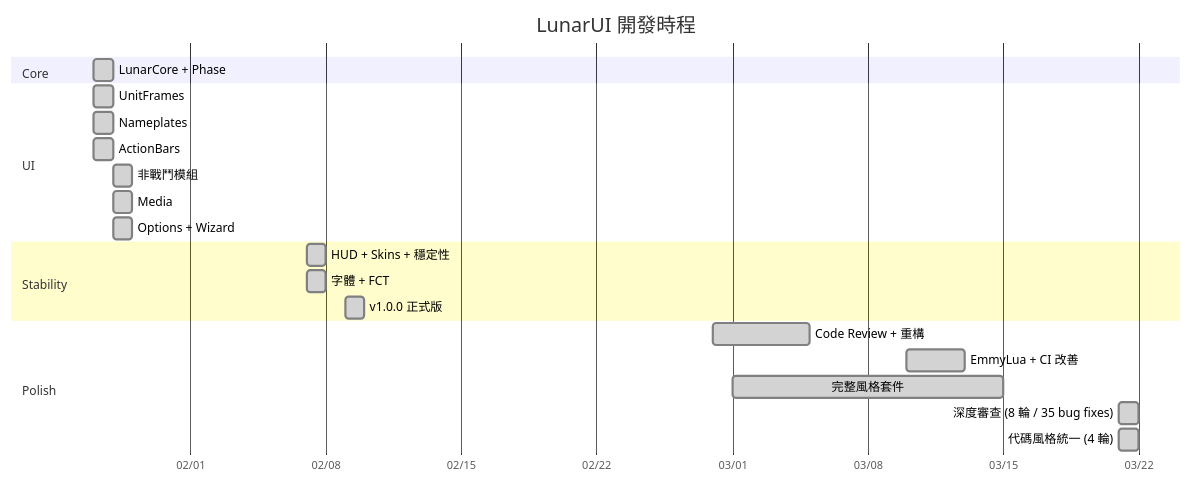
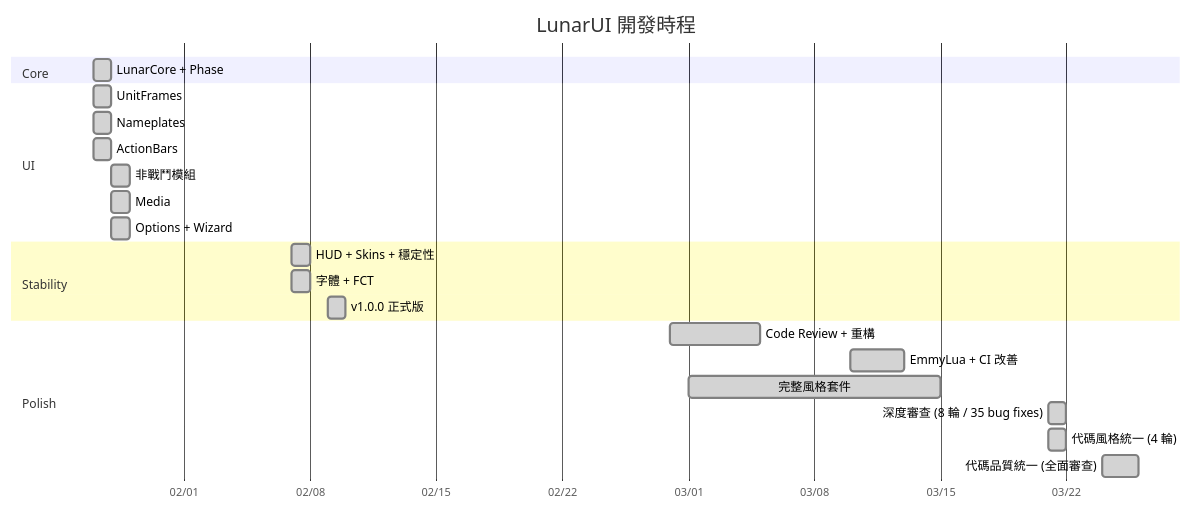
The fifth of 5 diagrams in README.md (Neal75418/lunar-ui), drawn with Mermaid before and after one commit. The commit also changed other lines of this file and 3 other files, not shown here.

````diff
--- a/README.md
+++ b/README.md
@@ -395,29 +395,30 @@
 ```mermaid
 gantt
     title LunarUI 開發時程
     dateFormat YYYY-MM-DD
     axisFormat %m/%d
 
     section Core
     LunarCore + Phase             :done, m1, 2026-01-27, 1d
 
     section UI
     UnitFrames                    :done, m2, 2026-01-27, 1d
     Nameplates                    :done, m3, 2026-01-27, 1d
     ActionBars                    :done, m4, 2026-01-27, 1d
     非戰鬥模組                     :done, m5, 2026-01-28, 1d
     Media                         :done, m6, 2026-01-28, 1d
     Options + Wizard              :done, m7, 2026-01-28, 1d
 
     section Stability
     HUD + Skins + 穩定性           :done, m8, 2026-02-07, 1d
     字體 + FCT                     :done, m9, 2026-02-07, 1d
     v1.0.0 正式版                  :done, m10, 2026-02-09, 1d
 
     section Polish
     Code Review + 重構             :done, m11, 2026-02-28, 5d
     EmmyLua + CI 改善              :done, m12, 2026-03-10, 3d
     完整風格套件                    :done, m13, 2026-03-01, 14d
     深度審查 (8 輪 / 35 bug fixes)  :done, m14, 2026-03-21, 1d
     代碼風格統一 (4 輪)              :done, m15, 2026-03-21, 1d
+    代碼品質統一 (全面審查)       :done, m16, 2026-03-24, 2d
 ```
````
